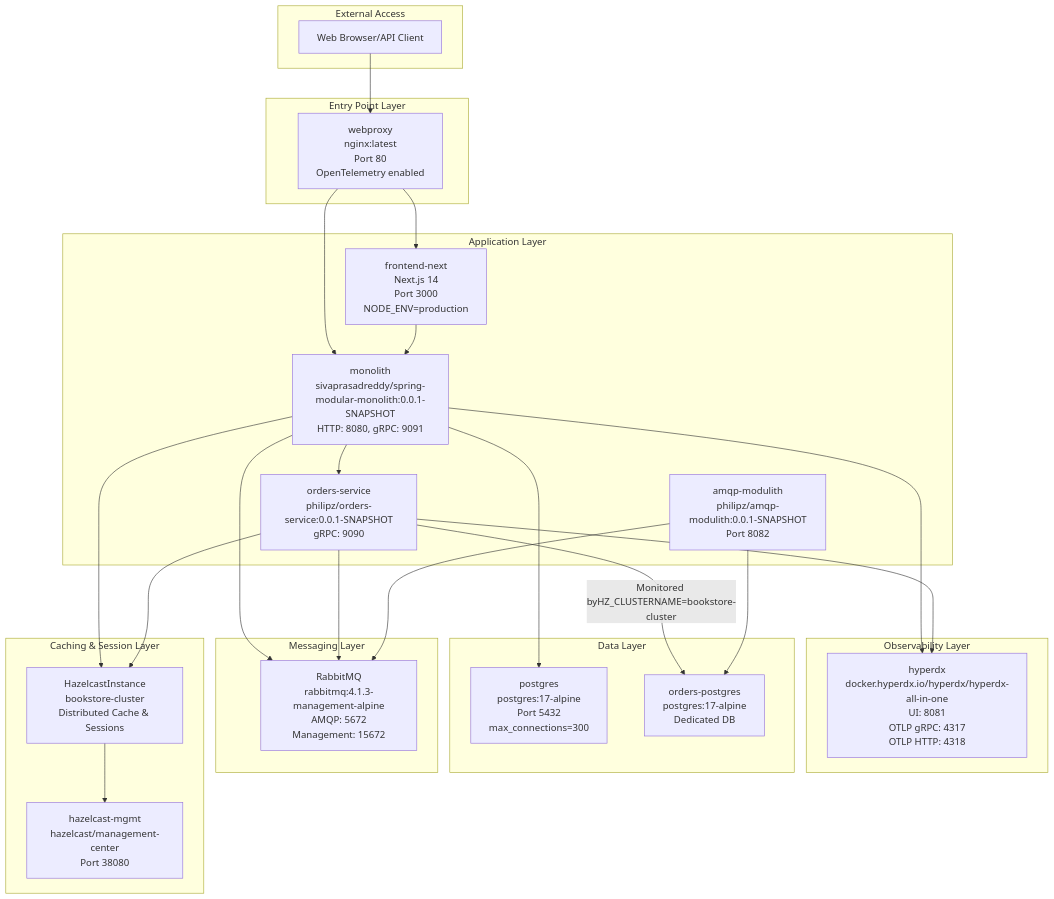
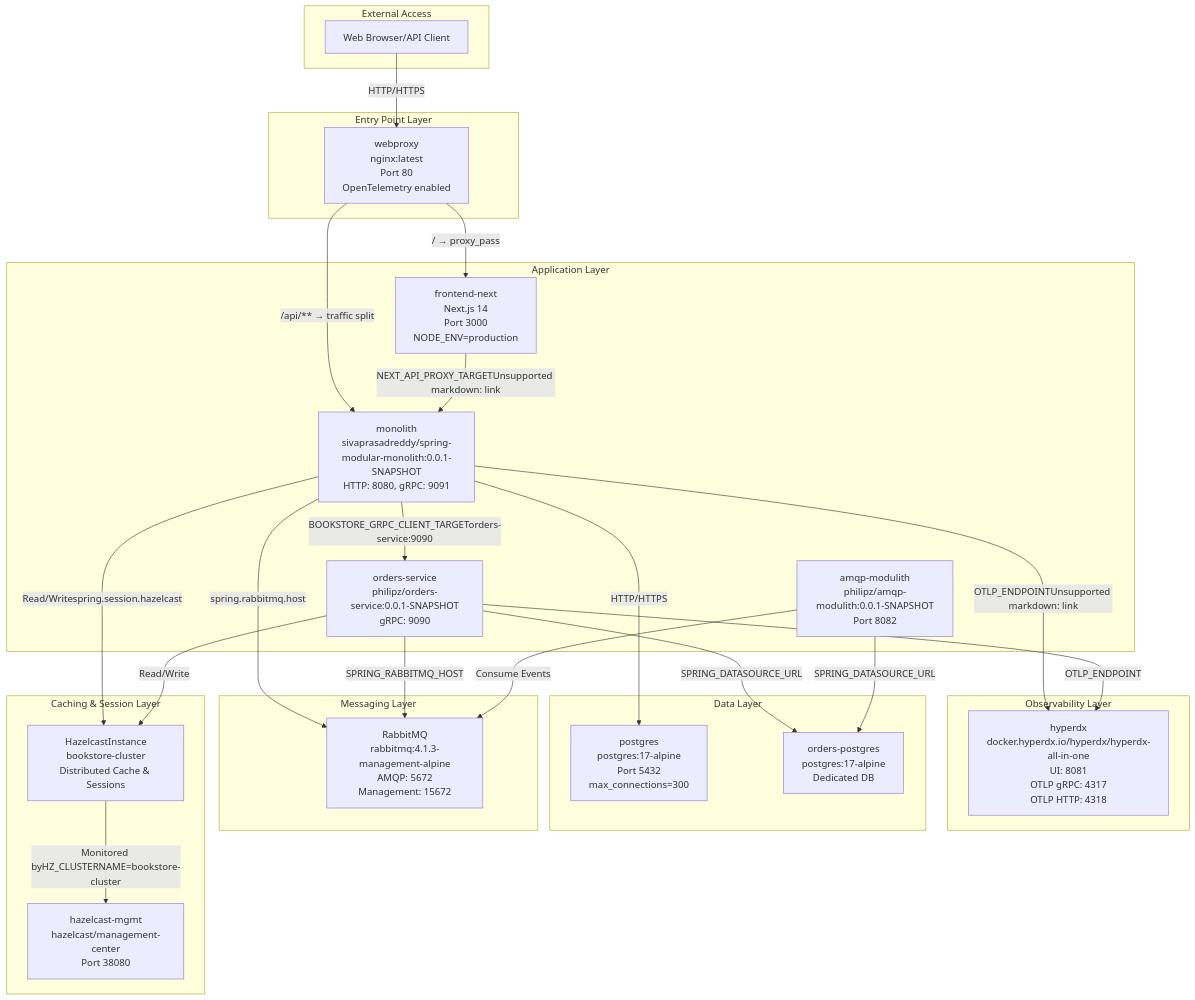
The first of 5 diagrams in docs/deepwiki/System-Architecture-Diagrams.md (philipz/spring-modular-monolith), drawn with Mermaid before and after one commit. The commit also changed other lines of this file and 55 other files, not shown here.

````diff
--- a/docs/deepwiki/System-Architecture-Diagrams.md
+++ b/docs/deepwiki/System-Architecture-Diagrams.md
@@ -27,66 +27,66 @@
 ```mermaid
 flowchart TD
 
 Client["Web Browser/API Client"]
 Nginx["webproxy<br>nginx:latest<br>Port 80<br>OpenTelemetry enabled"]
 Frontend["frontend-next<br>Next.js 14<br>Port 3000<br>NODE_ENV=production"]
 Monolith["monolith<br>sivaprasadreddy/spring-modular-monolith:0.0.1-SNAPSHOT<br>HTTP: 8080, gRPC: 9091"]
 OrdersSvc["orders-service<br>philipz/orders-service:0.0.1-SNAPSHOT<br>gRPC: 9090"]
 AMQPMod["amqp-modulith<br>philipz/amqp-modulith:0.0.1-SNAPSHOT<br>Port 8082"]
 Hazelcast["HazelcastInstance<br>bookstore-cluster<br>Distributed Cache & Sessions"]
 HZMgmt["hazelcast-mgmt<br>hazelcast/management-center<br>Port 38080"]
 RabbitMQ["RabbitMQ<br>rabbitmq:4.1.3-management-alpine<br>AMQP: 5672<br>Management: 15672"]
 PostgresMain["postgres<br>postgres:17-alpine<br>Port 5432<br>max_connections=300"]
 PostgresOrders["orders-postgres<br>postgres:17-alpine<br>Dedicated DB"]
 HyperDX["hyperdx<br>docker.hyperdx.io/hyperdx/hyperdx-all-in-one<br>UI: 8081<br>OTLP gRPC: 4317<br>OTLP HTTP: 4318"]
 
-Client --> Nginx
-Nginx --> Frontend
-Nginx --> Monolith
-Monolith --> Hazelcast
-Monolith --> RabbitMQ
-Monolith --> PostgresMain
-Monolith --> HyperDX
-OrdersSvc --> Hazelcast
-OrdersSvc --> RabbitMQ
-OrdersSvc -->|"Monitored byHZ_CLUSTERNAME=bookstore-cluster"| PostgresOrders
-OrdersSvc --> HyperDX
-AMQPMod --> RabbitMQ
-AMQPMod --> PostgresOrders
+Client -->|"HTTP/HTTPS"| Nginx
+Nginx -->|"/ → proxy_pass"| Frontend
+Nginx -->|"/api/** → traffic split"| Monolith
+Monolith -->|"Read/Writespring.session.hazelcast"| Hazelcast
+Monolith -->|"spring.rabbitmq.host"| RabbitMQ
+Monolith -->|"HTTP/HTTPS"| PostgresMain
+Monolith -->|"OTLP_ENDPOINTUnsupported markdown: link"| HyperDX
+OrdersSvc -->|"Read/Write"| Hazelcast
+OrdersSvc -->|"SPRING_RABBITMQ_HOST"| RabbitMQ
+OrdersSvc -->|"SPRING_DATASOURCE_URL"| PostgresOrders
+OrdersSvc -->|"OTLP_ENDPOINT"| HyperDX
+AMQPMod -->|"Consume Events"| RabbitMQ
+AMQPMod -->|"SPRING_DATASOURCE_URL"| PostgresOrders
 
 subgraph subGraph6 ["Observability Layer"]
     HyperDX
 end
 
 subgraph subGraph5 ["Data Layer"]
     PostgresMain
     PostgresOrders
 end
 
 subgraph subGraph4 ["Messaging Layer"]
     RabbitMQ
 end
 
 subgraph subGraph3 ["Caching & Session Layer"]
     Hazelcast
     HZMgmt
-    Hazelcast --> HZMgmt
+    Hazelcast -->|"Monitored byHZ_CLUSTERNAME=bookstore-cluster"| HZMgmt
 end
 
 subgraph subGraph2 ["Application Layer"]
     Frontend
     Monolith
     OrdersSvc
     AMQPMod
-    Frontend --> Monolith
-    Monolith --> OrdersSvc
+    Frontend -->|"NEXT_API_PROXY_TARGETUnsupported markdown: link"| Monolith
+    Monolith -->|"BOOKSTORE_GRPC_CLIENT_TARGETorders-service:9090"| OrdersSvc
 end
 
 subgraph subGraph1 ["Entry Point Layer"]
     Nginx
 end
 
 subgraph subGraph0 ["External Access"]
     Client
 end
 ```
````
